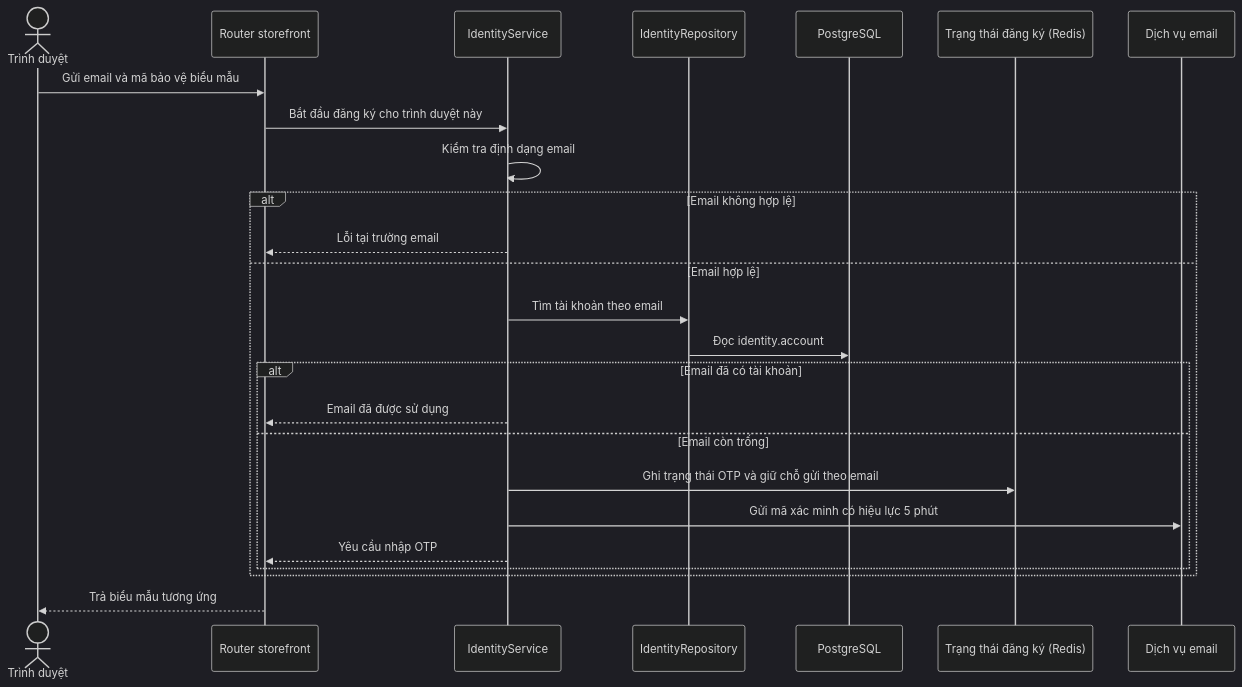
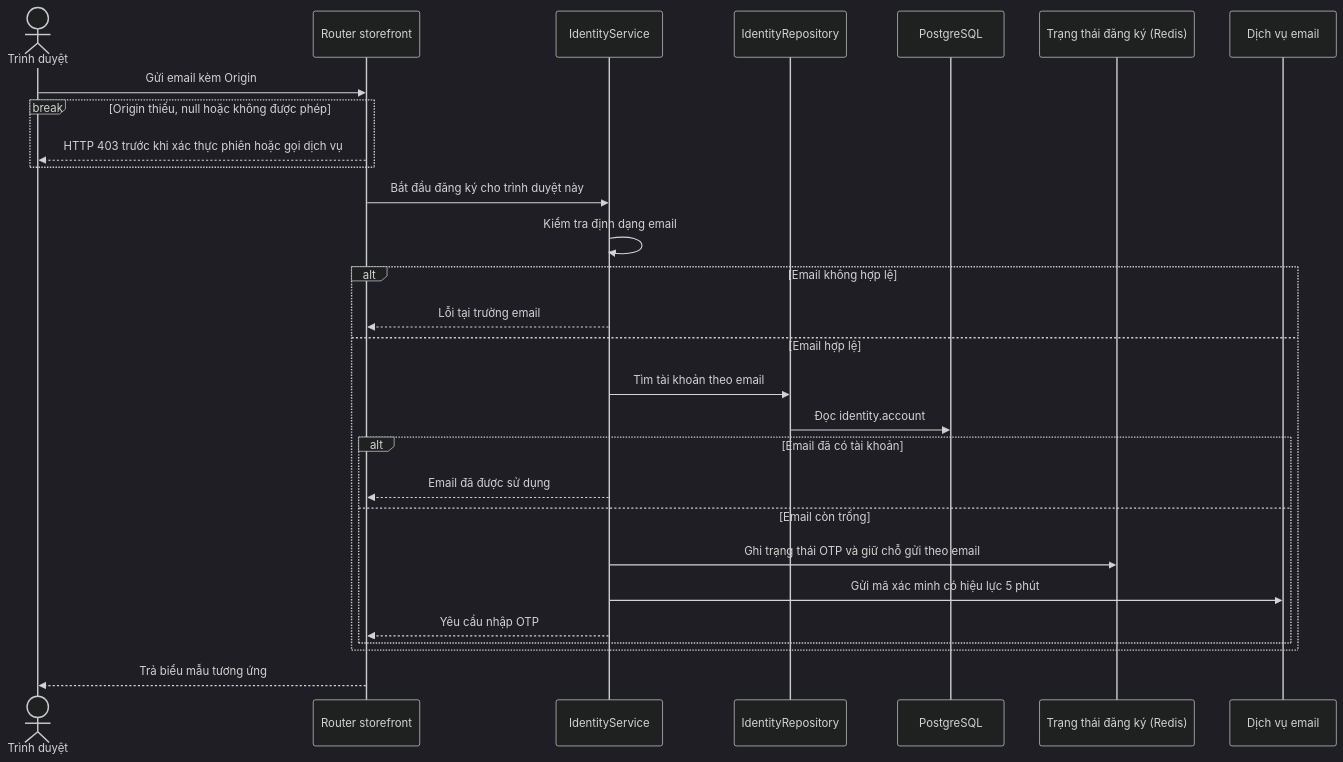
The diagram in docs/sequence/identity/post-register-email.md (thanhklt/sobie-swimwear-e-commerce), drawn with Mermaid (dark theme) before and after one commit. The commit also changed other lines of this file and 72 other files, not shown here.

````diff
--- a/docs/sequence/identity/post-register-email.md
+++ b/docs/sequence/identity/post-register-email.md
@@ -5,27 +5,30 @@
 ```mermaid
 sequenceDiagram
     actor Browser as Trình duyệt
     participant Route as Router storefront
     participant Service as IdentityService
     participant Repo as IdentityRepository
     participant DB as PostgreSQL
     participant Redis as Trạng thái đăng ký (Redis)
     participant Mail as Dịch vụ email
-    Browser->>Route: Gửi email và mã bảo vệ biểu mẫu
+    Browser->>Route: Gửi email kèm Origin
+    break Origin thiếu, null hoặc không được phép
+        Route-->>Browser: HTTP 403 trước khi xác thực phiên hoặc gọi dịch vụ
+    end
     Route->>Service: Bắt đầu đăng ký cho trình duyệt này
     Service->>Service: Kiểm tra định dạng email
     alt Email không hợp lệ
         Service-->>Route: Lỗi tại trường email
     else Email hợp lệ
         Service->>Repo: Tìm tài khoản theo email
         Repo->>DB: Đọc identity.account
         alt Email đã có tài khoản
             Service-->>Route: Email đã được sử dụng
         else Email còn trống
             Service->>Redis: Ghi trạng thái OTP và giữ chỗ gửi theo email
             Service->>Mail: Gửi mã xác minh có hiệu lực 5 phút
             Service-->>Route: Yêu cầu nhập OTP
         end
     end
     Route-->>Browser: Trả biểu mẫu tương ứng
 ```
````
